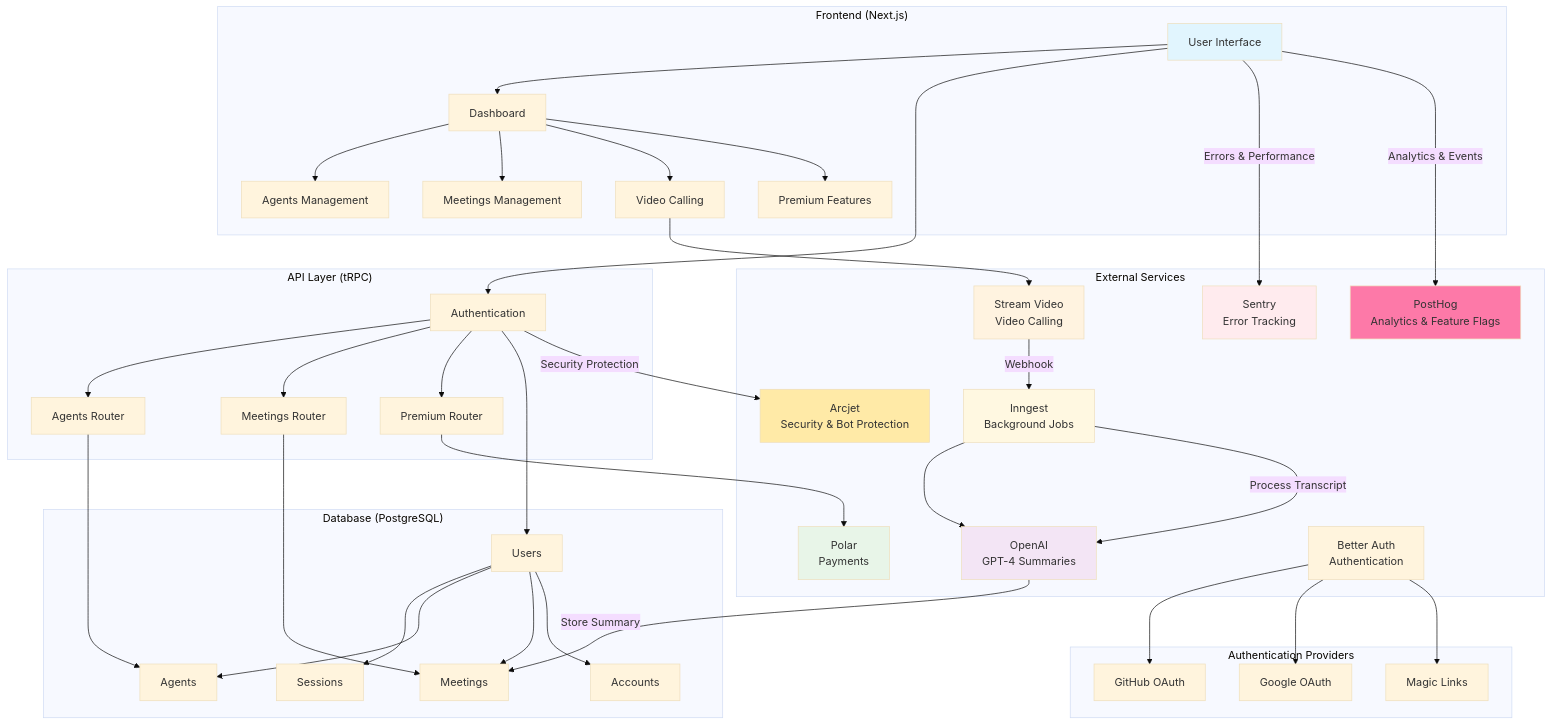
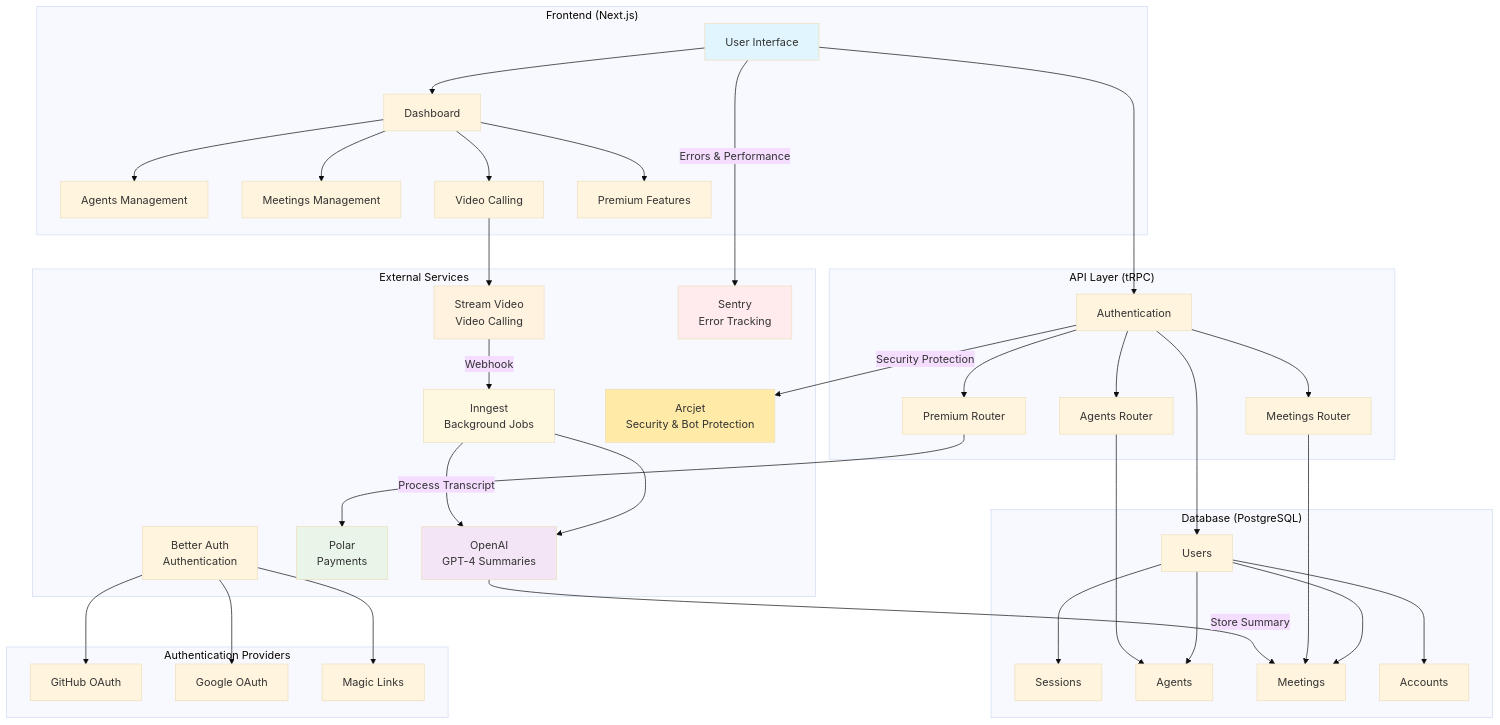
Before and after one commit to levinbaenninger/meetique: the diagram in docs/architecture.md, drawn with Mermaid (base theme). The commit also changed 209 other files, not shown here.

````diff
--- a/docs/architecture.md
+++ b/docs/architecture.md
@@ -3,68 +3,65 @@
 ```mermaid
 flowchart TB
     subgraph "Frontend (Next.js)"
         A[User Interface] --> B[Dashboard]
         B --> C[Agents Management]
         B --> D[Meetings Management]
         B --> E[Video Calling]
         B --> F[Premium Features]
     end
 
     subgraph "API Layer (tRPC)"
         G[Authentication] --> H[Agents Router]
         G --> I[Meetings Router]
         G --> J[Premium Router]
     end
 
     subgraph "Database (PostgreSQL)"
         K[Users] --> L[Sessions]
         K --> M[Agents]
         K --> N[Meetings]
         K --> O[Accounts]
     end
 
     subgraph "External Services"
         P[Stream Video<br/>Video Calling]
         Q[OpenAI<br/>GPT-4 Summaries]
         R[Polar<br/>Payments]
         S[Better Auth<br/>Authentication]
         T[Inngest<br/>Background Jobs]
         X[Sentry<br/>Error Tracking]
         Y[Arcjet<br/>Security & Bot Protection]
-        Z[PostHog<br/>Analytics & Feature Flags]
     end
 
     subgraph "Authentication Providers"
         U[GitHub OAuth]
         V[Google OAuth]
         W[Magic Links]
     end
 
     A --> G
     G --> K
     H --> M
     I --> N
     J --> R
 
     E --> P
     T --> Q
     S --> U
     S --> V
     S --> W
 
     P --> |Webhook| T
     T --> |Process Transcript| Q
     Q --> |Store Summary| N
     A --> |Errors & Performance| X
     G --> |Security Protection| Y
-    A --> |Analytics & Events| Z
 
     style A fill:#e1f5fe
     style P fill:#fff3e0
     style Q fill:#f3e5f5
     style R fill:#e8f5e8
     style T fill:#fff8e1
     style X fill:#ffebee
     style Y fill:#ffeaa7
-    style Z fill:#fd79a8
 ```
````
